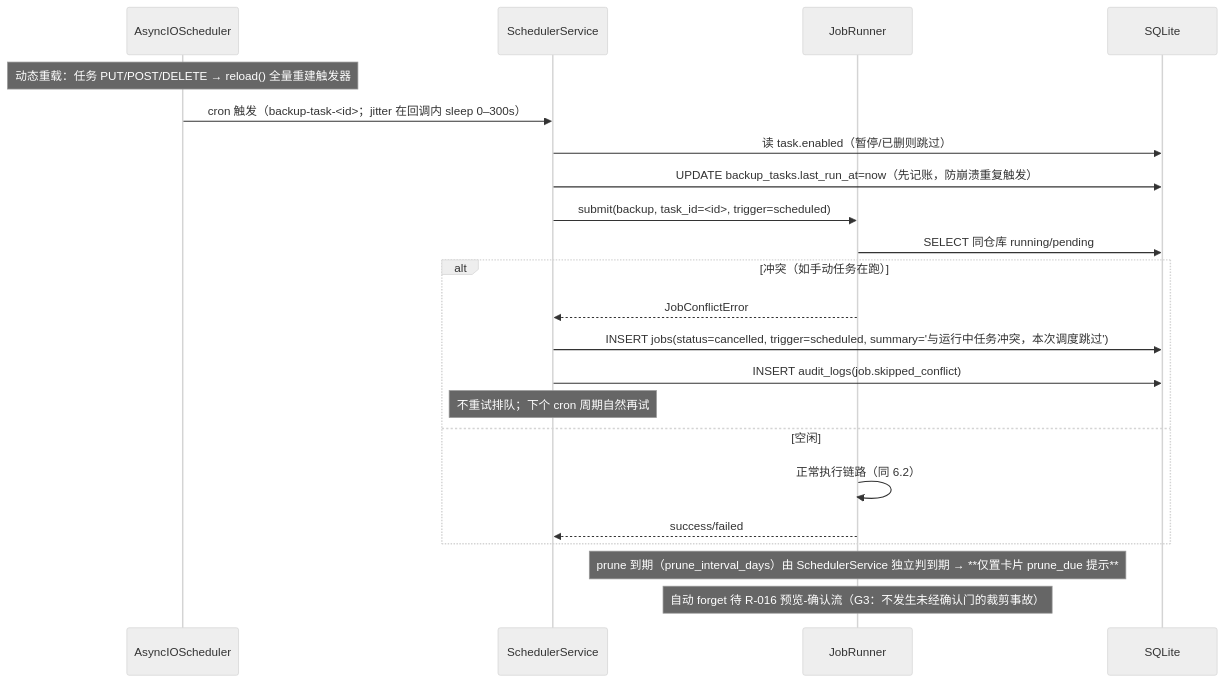
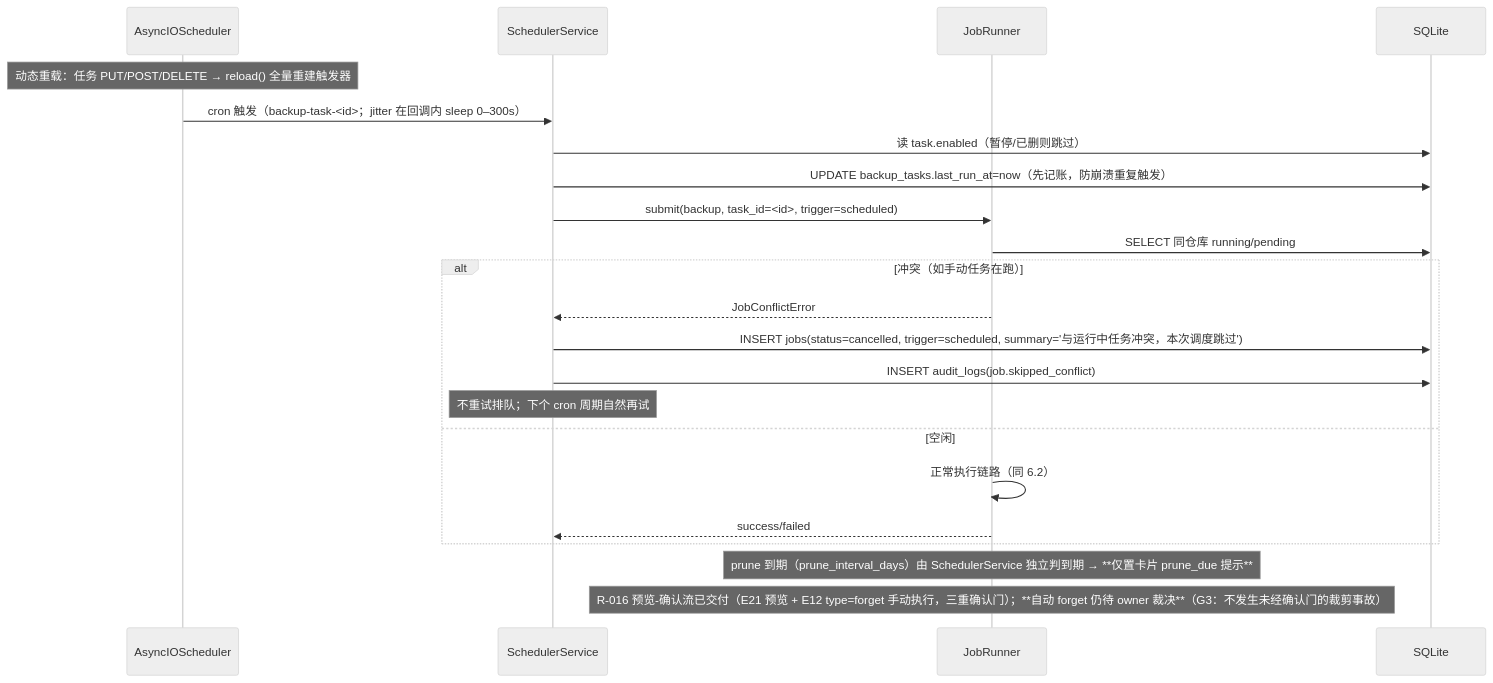
One commit to dolphin738/restic-docker-backup changed the sixth of 11 diagrams in web版/docs/架构设计文档.md. Above: the diagram before and after it, drawn with Mermaid (neutral theme). The commit also changed other lines of this file and 1 other file, not shown here.

````diff
--- a/web版/docs/架构设计文档.md
+++ b/web版/docs/架构设计文档.md
@@ -771,25 +771,25 @@
 ```mermaid
 sequenceDiagram
     participant APS as AsyncIOScheduler
     participant SC as SchedulerService
     participant JR as JobRunner
     participant DB as SQLite
 
     Note over APS: 动态重载：任务 PUT/POST/DELETE → reload() 全量重建触发器
     APS->>SC: cron 触发（backup-task-<id>；jitter 在回调内 sleep 0–300s）
     SC->>DB: 读 task.enabled（暂停/已删则跳过）
     SC->>DB: UPDATE backup_tasks.last_run_at=now（先记账，防崩溃重复触发）
     SC->>JR: submit(backup, task_id=<id>, trigger=scheduled)
     JR->>DB: SELECT 同仓库 running/pending
     alt 冲突（如手动任务在跑）
         JR-->>SC: JobConflictError
         SC->>DB: INSERT jobs(status=cancelled, trigger=scheduled, summary='与运行中任务冲突，本次调度跳过')
         SC->>DB: INSERT audit_logs(job.skipped_conflict)
         Note over SC: 不重试排队；下个 cron 周期自然再试
     else 空闲
         JR->>JR: 正常执行链路（同 6.2）
         JR-->>SC: success/failed
     end
     Note over JR: prune 到期（prune_interval_days）由 SchedulerService 独立判到期 → **仅置卡片 prune_due 提示**
-    Note over JR: 自动 forget 待 R-016 预览-确认流（G3：不发生未经确认门的裁剪事故）
+    Note over JR: R-016 预览-确认流已交付（E21 预览 + E12 type=forget 手动执行，三重确认门）；**自动 forget 仍待 owner 裁决**（G3：不发生未经确认门的裁剪事故）
 ```
````
